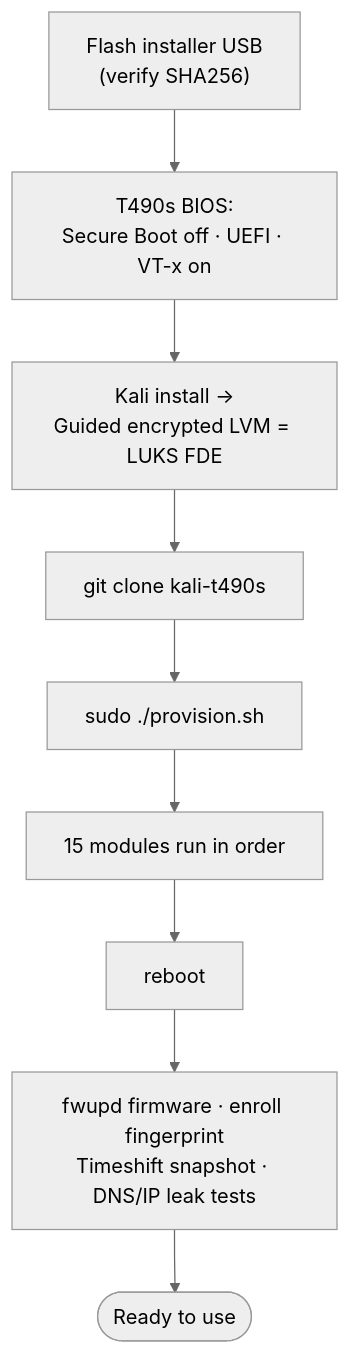
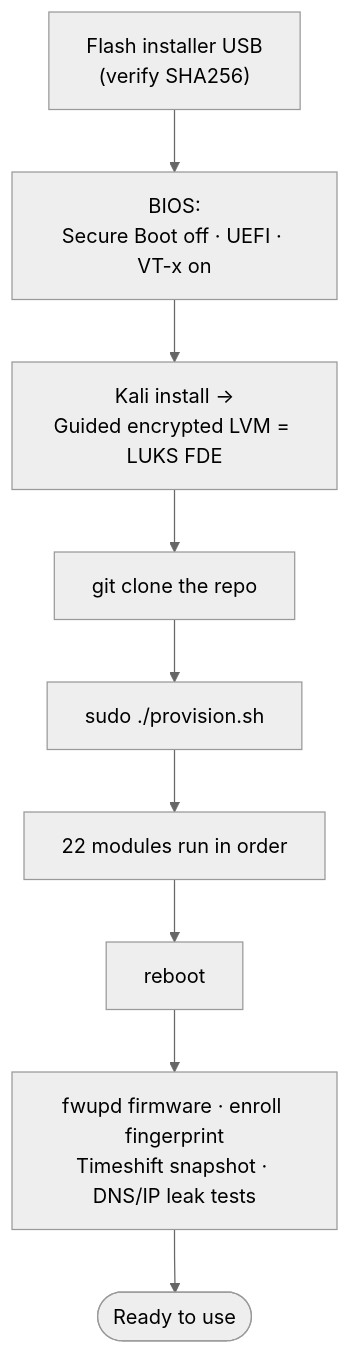
One commit to ForrestLasiter/Kali-and-Coding changed the first of 4 diagrams in docs/ARCHITECTURE.md. Above: the diagram before and after it, drawn with Mermaid (neutral theme). The commit also changed other lines of this file and 17 other files, not shown here.

````diff
--- a/docs/ARCHITECTURE.md
+++ b/docs/ARCHITECTURE.md
@@ -10,11 +10,11 @@
 ```mermaid
 flowchart TD
-    U["Flash installer USB<br/>(verify SHA256)"] --> BIOS["T490s BIOS:<br/>Secure Boot off · UEFI · VT-x on"]
+    U["Flash installer USB<br/>(verify SHA256)"] --> BIOS["BIOS:<br/>Secure Boot off · UEFI · VT-x on"]
     BIOS --> INST["Kali install →<br/>Guided encrypted LVM = LUKS FDE"]
-    INST --> CLONE["git clone kali-t490s"]
+    INST --> CLONE["git clone the repo"]
     CLONE --> PROV["sudo ./provision.sh"]
-    PROV --> MODS["15 modules run in order"]
+    PROV --> MODS["22 modules run in order"]
     MODS --> RB["reboot"]
     RB --> POST["fwupd firmware · enroll fingerprint<br/>Timeshift snapshot · DNS/IP leak tests"]
     POST --> DONE([Ready to use])
 ```
````
